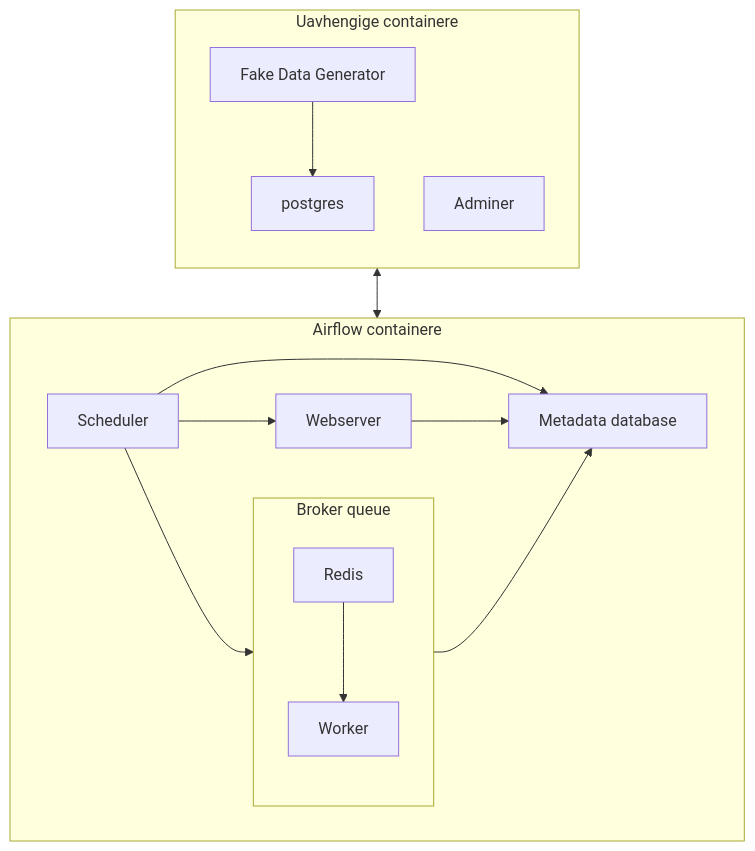
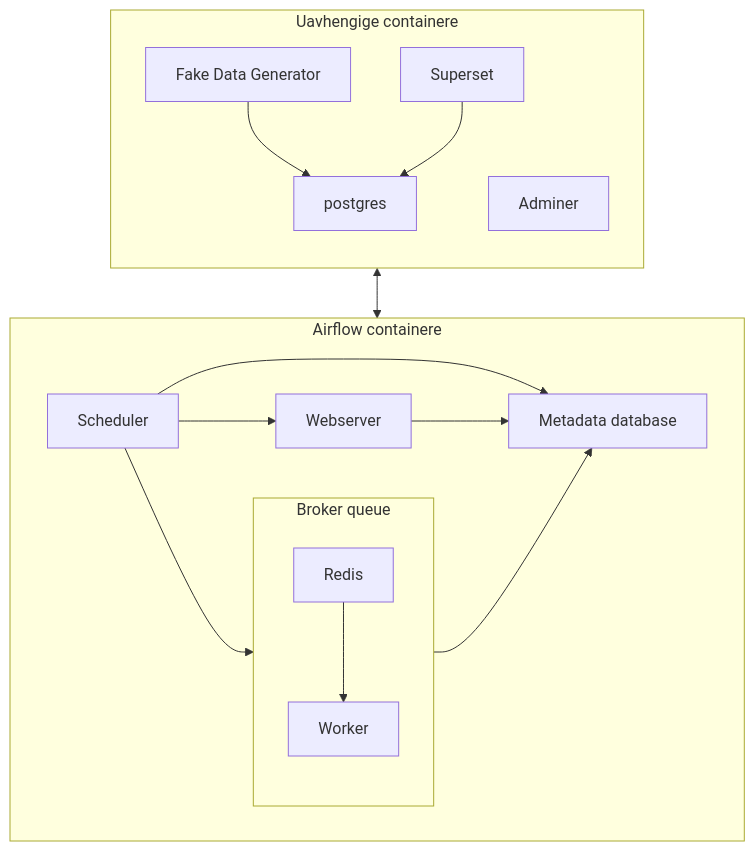
Before and after one commit to marhaasa/apache-airflow-demo: the diagram in README.md, drawn with Mermaid.

````diff
--- a/README.md
+++ b/README.md
@@ -28,26 +28,27 @@
 ```mermaid
 graph TD
     subgraph Airflow containere
         direction LR
         
         Scheduler[Scheduler] --> Webserver[Webserver]
         Scheduler --> Worker1[Worker]
 
         Scheduler --> Database[Metadata database]
         Worker1 --> Database
         Webserver --> Database
         
         subgraph Broker queue
             direction TB
             Redis[Redis] --> Worker1
 
         end
     end
     subgraph Uavhengige containere 
 		direction TB 
 	    fake_data_generator[Fake Data Generator] --> DataSource1[postgres]
 	    adminer[Adminer]
 	    DataSource1[postgres] <--> Worker1[Worker]
+      Supserset[Superset] --> DataSource1[postgres]
 	end
 
 ```
````
